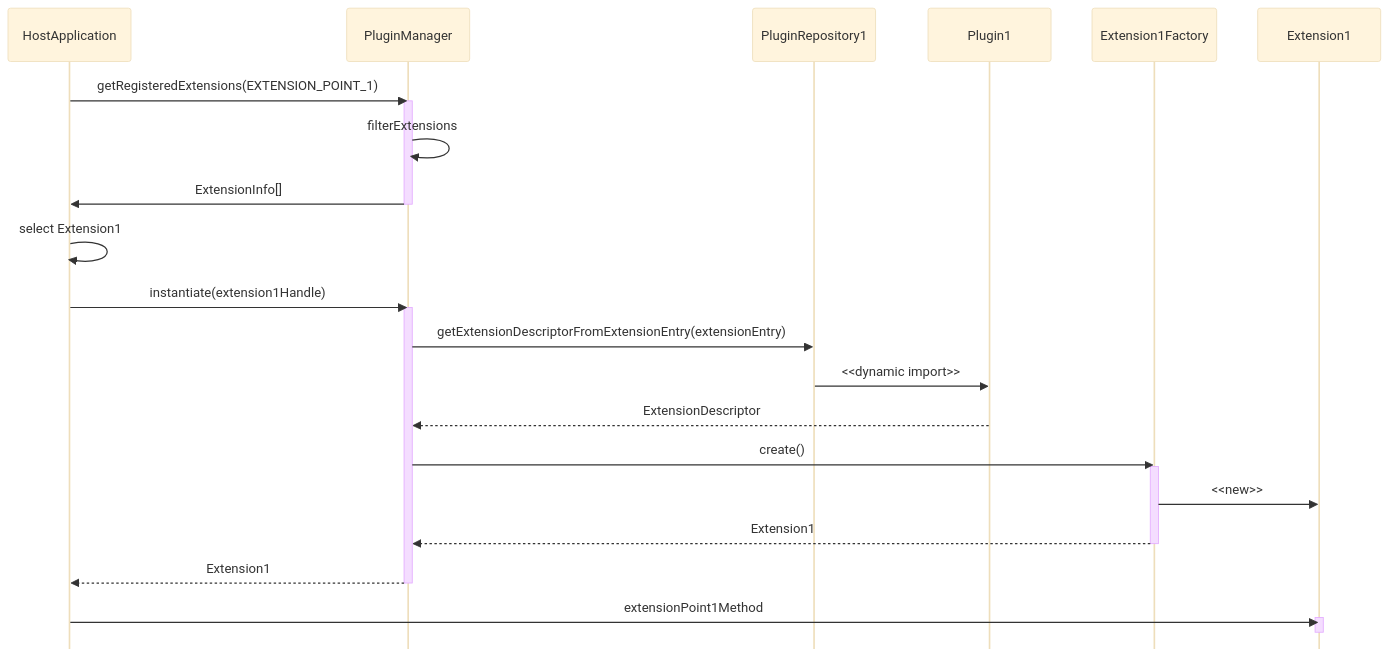
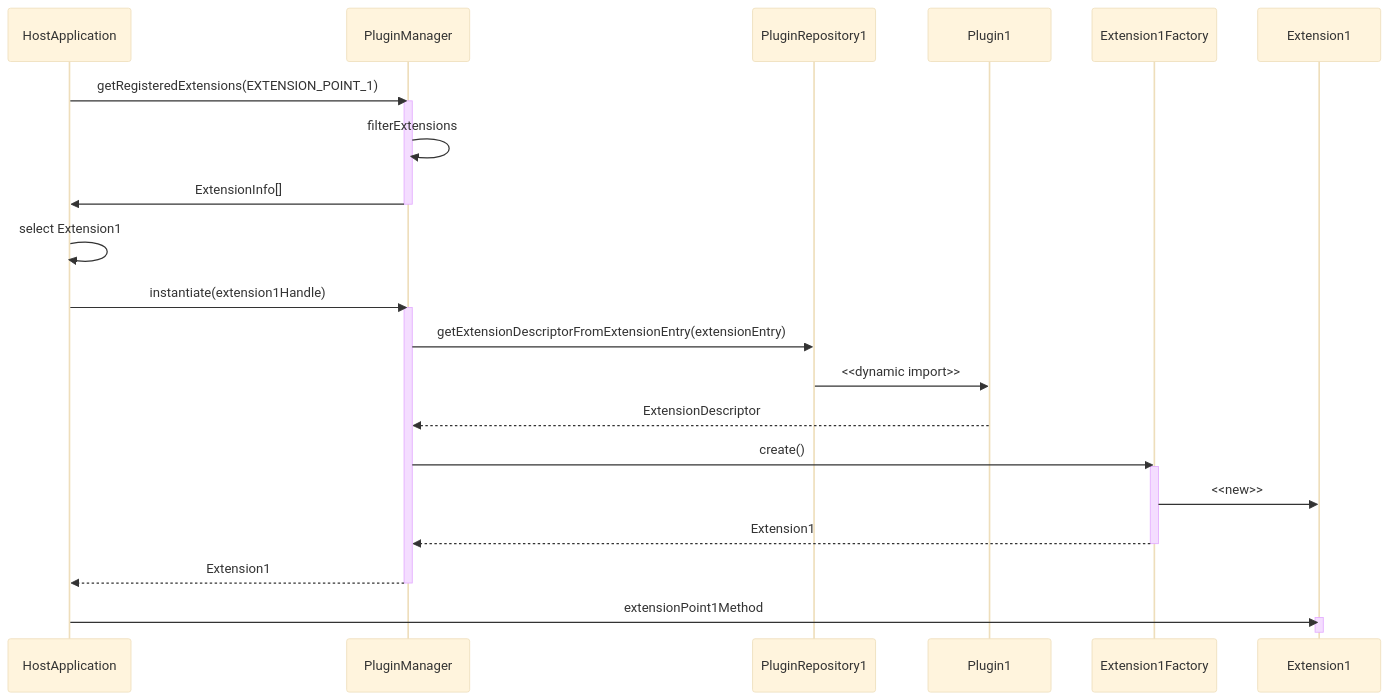
The diagram in images/query_and_instantiation_sequence_diagram.mermaid (flowscripter/dynamic-plugin-framework), drawn with Mermaid (base theme) before and after one commit. The commit also changed 2 other files, not shown here.

Commit message:
docs: tweak diagram (#15)
* docs: tweak diagram

* docs: tweak diagram

```diff
--- a/images/query_and_instantiation_sequence_diagram.mermaid
+++ b/images/query_and_instantiation_sequence_diagram.mermaid
@@ -1,23 +1,23 @@
-%%{init: { "sequence": { "mirrorActors":false }}}%%
+%%{init: { "sequence": { "mirrorActors":false, diagramMarginY: 0 }}}%%
 sequenceDiagram
     HostApplication->>PluginManager:getRegisteredExtensions(EXTENSION_POINT_1)
     activate PluginManager
     PluginManager->>PluginManager:filterExtensions
     PluginManager->>HostApplication:ExtensionInfo[]
     deactivate PluginManager
     HostApplication->>HostApplication:select Extension1
     HostApplication->>PluginManager:instantiate(extension1Handle)
     activate PluginManager
     PluginManager->>PluginRepository1:getExtensionDescriptorFromExtensionEntry(extensionEntry)
     PluginRepository1->>Plugin1:<<dynamic import>>
     Plugin1-->>PluginManager:ExtensionDescriptor
     PluginManager->>Extension1Factory:create()
     activate Extension1Factory
     Extension1Factory->>Extension1:<<new>>
     Extension1Factory-->>PluginManager:Extension1
     deactivate Extension1Factory
     PluginManager-->>HostApplication:Extension1
     deactivate PluginManager
     HostApplication->>Extension1:extensionPoint1Method
     activate Extension1
     deactivate Extension1
```
